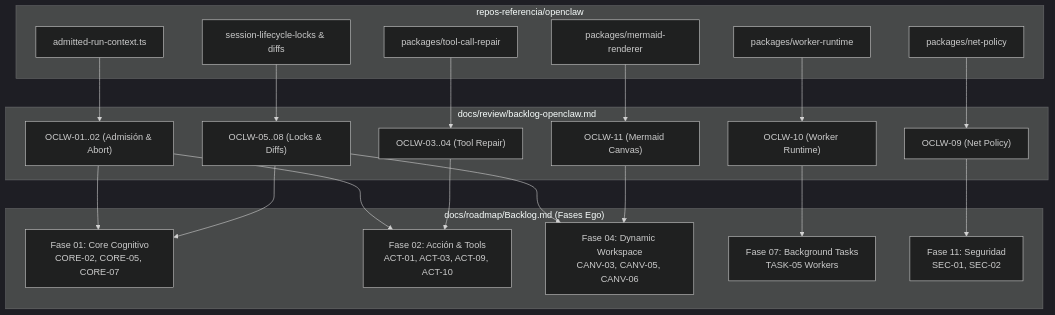
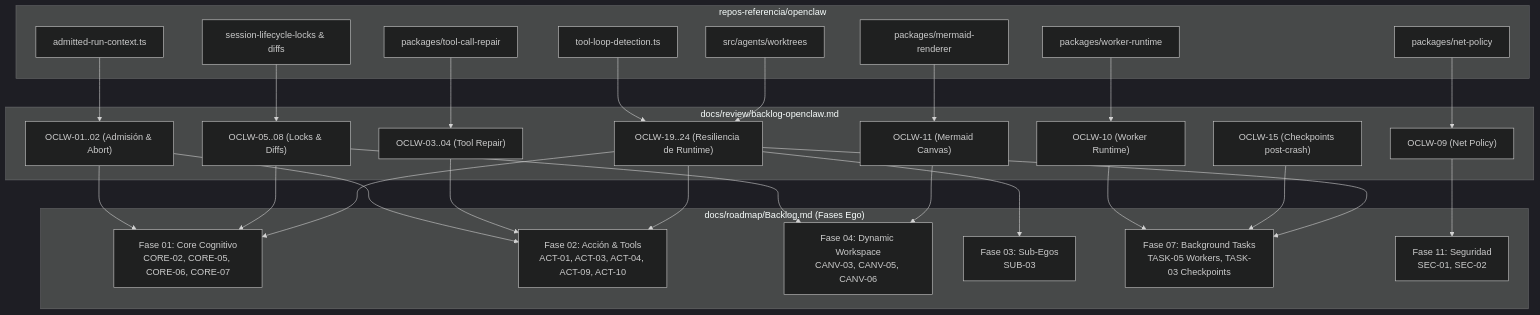
Before and after one commit to ness-e/Ego: the diagram in docs/review/backlog-openclaw.md, drawn with Mermaid (dark theme). The commit also changed other lines of this file and 15 other files, not shown here.

````diff
--- a/docs/review/backlog-openclaw.md
+++ b/docs/review/backlog-openclaw.md
@@ -60,44 +113,56 @@
 ```mermaid
 flowchart TD
     subgraph OpenClawSourcing ["repos-referencia/openclaw"]
         O_ADM["admitted-run-context.ts"]
         O_REP["packages/tool-call-repair"]
         O_SES["session-lifecycle-locks & diffs"]
         O_NET["packages/net-policy"]
         O_WRK["packages/worker-runtime"]
         O_MER["packages/mermaid-renderer"]
+        O_LOOP["tool-loop-detection.ts"]
+        O_WT["src/agents/worktrees"]
     end
 
     subgraph EgoReview ["docs/review/backlog-openclaw.md"]
         T_ADM["OCLW-01..02 (Admisión & Abort)"]
         T_REP["OCLW-03..04 (Tool Repair)"]
         T_SES["OCLW-05..08 (Locks & Diffs)"]
         T_NET["OCLW-09 (Net Policy)"]
         T_WRK["OCLW-10 (Worker Runtime)"]
         T_MER["OCLW-11 (Mermaid Canvas)"]
+        T_CP["OCLW-15 (Checkpoints post-crash)"]
+        T_NEW["OCLW-19..24 (Resiliencia de Runtime)"]
     end
 
     subgraph EgoBuild ["docs/roadmap/Backlog.md (Fases Ego)"]
-        CORE["Fase 01: Core Cognitivo<br/>CORE-02, CORE-05, CORE-07"]
-        ACT["Fase 02: Acción & Tools<br/>ACT-01, ACT-03, ACT-09, ACT-10"]
+        CORE["Fase 01: Core Cognitivo<br/>CORE-02, CORE-05, CORE-06, CORE-07"]
+        ACT["Fase 02: Acción & Tools<br/>ACT-01, ACT-03, ACT-04, ACT-09, ACT-10"]
         CANV["Fase 04: Dynamic Workspace<br/>CANV-03, CANV-05, CANV-06"]
-        TASK["Fase 07: Background Tasks<br/>TASK-05 Workers"]
+        SUB["Fase 03: Sub-Egos<br/>SUB-03"]
+        TASK["Fase 07: Background Tasks<br/>TASK-05 Workers, TASK-03 Checkpoints"]
         SEC["Fase 11: Seguridad<br/>SEC-01, SEC-02"]
     end
 
     O_ADM --> T_ADM
     O_REP --> T_REP
     O_SES --> T_SES
     O_NET --> T_NET
     O_WRK --> T_WRK
     O_MER --> T_MER
+    O_LOOP --> T_NEW
+    O_WT --> T_NEW
 
     T_ADM --> ACT
     T_ADM --> CORE
     T_REP --> ACT
     T_SES --> CORE
     T_SES --> CANV
     T_NET --> SEC
     T_WRK --> TASK
     T_MER --> CANV
+    T_CP --> TASK
+    T_NEW --> ACT
+    T_NEW --> CORE
+    T_NEW --> SUB
+    T_NEW --> TASK
 ```
````
